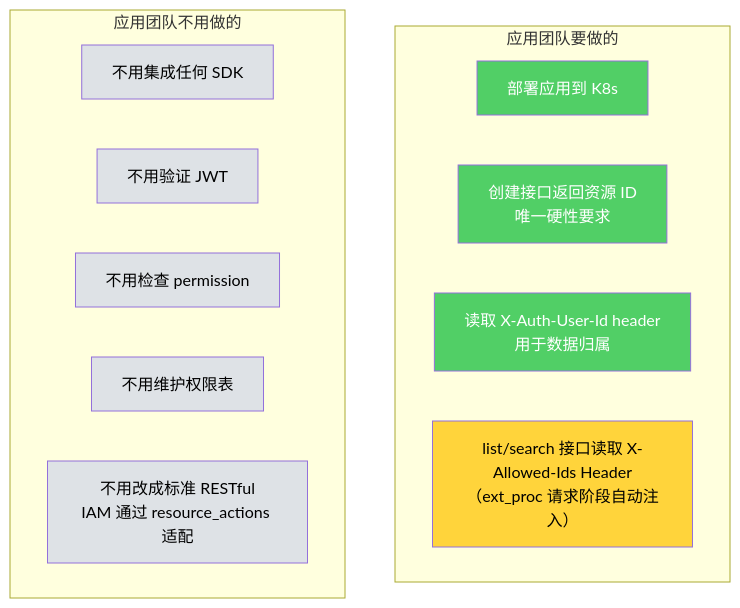
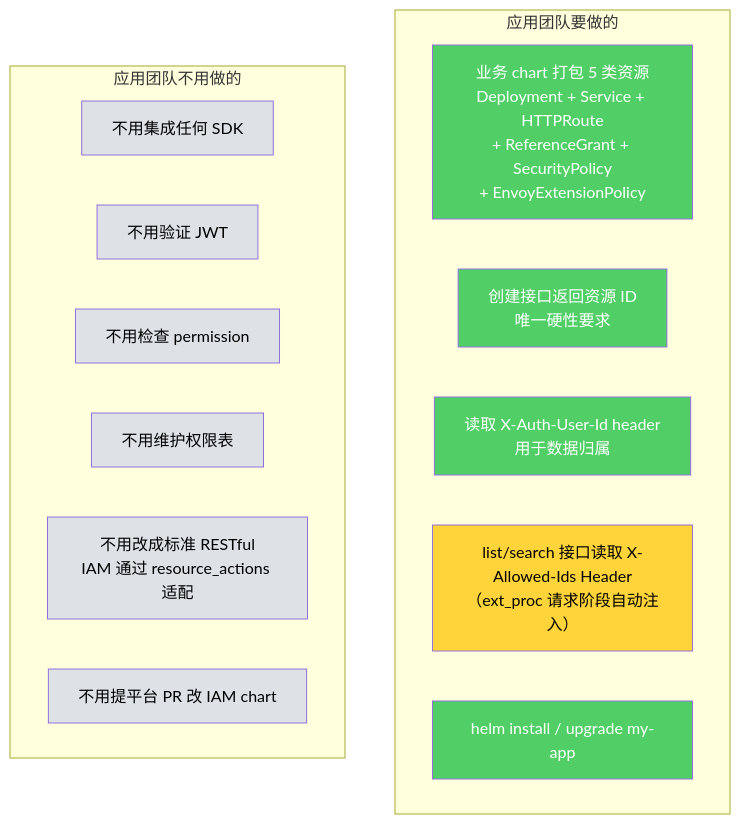
The seventh of 10 diagrams in diagrams/onboarding-flow.md (xiewanchao/aidp-iam), drawn with Mermaid before and after one commit. The commit also changed other lines of this file, not shown here.

First line of the commit message:
docs(onboarding): bump to v2.2 — per-app chart owns its routes + policies

````diff
--- a/diagrams/onboarding-flow.md
+++ b/diagrams/onboarding-flow.md
@@ -345,27 +529,31 @@
 ```mermaid
 flowchart TD
     subgraph 应用团队要做的
-        D1[部署应用到 K8s]
+        D1[业务 chart 打包 5 类资源<br/>Deployment + Service + HTTPRoute<br/>+ ReferenceGrant + SecurityPolicy<br/>+ EnvoyExtensionPolicy]
         D2[创建接口返回资源 ID<br/>唯一硬性要求]
         D3[读取 X-Auth-User-Id header<br/>用于数据归属]
         D4["list/search 接口读取 X-Allowed-Ids Header<br/>（ext_proc 请求阶段自动注入）"]
+        D5["helm install / upgrade my-app"]
     end
 
     subgraph 应用团队不用做的
         N1[不用集成任何 SDK]
         N2[不用验证 JWT]
         N3[不用检查 permission]
         N4[不用维护权限表]
         N5[不用改成标准 RESTful<br/>IAM 通过 resource_actions 适配]
+        N6[不用提平台 PR 改 IAM chart]
     end
 
     style D1 fill:#51cf66,color:#fff
     style D2 fill:#51cf66,color:#fff
     style D3 fill:#51cf66,color:#fff
     style D4 fill:#ffd43b,color:#000
+    style D5 fill:#51cf66,color:#fff
     style N1 fill:#dee2e6,color:#000
     style N2 fill:#dee2e6,color:#000
     style N3 fill:#dee2e6,color:#000
     style N4 fill:#dee2e6,color:#000
     style N5 fill:#dee2e6,color:#000
+    style N6 fill:#dee2e6,color:#000
 ```
````
